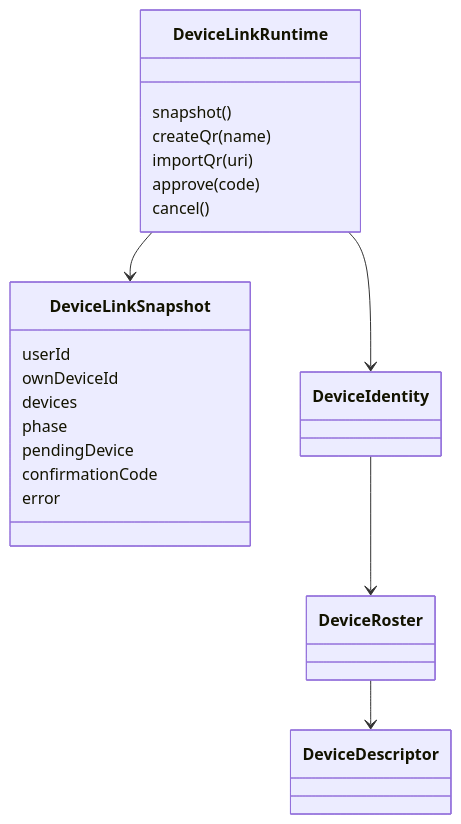
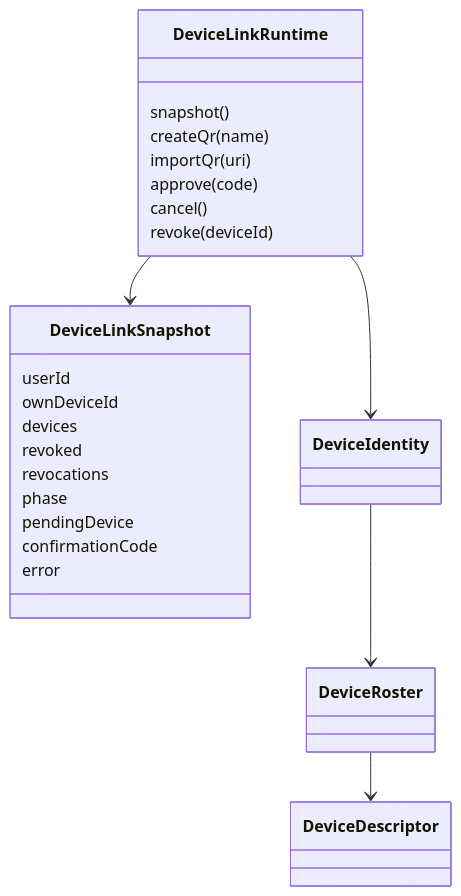
The third of 24 diagrams in docs/Architecture.md (redstone-md/mosh-flutter), drawn with Mermaid before and after one commit. The commit also changed other lines of this file and 81 other files, not shown here.

````diff
--- a/docs/Architecture.md
+++ b/docs/Architecture.md
@@ -71,26 +76,29 @@
 ```mermaid
 classDiagram
     class DeviceLinkSnapshot {
         userId
         ownDeviceId
         devices
+        revoked
+        revocations
         phase
         pendingDevice
         confirmationCode
         error
     }
     class DeviceLinkRuntime {
         snapshot()
         createQr(name)
         importQr(uri)
         approve(code)
         cancel()
+        revoke(deviceId)
     }
     class DeviceIdentity
     class DeviceRoster
     class DeviceDescriptor
     DeviceLinkRuntime --> DeviceLinkSnapshot
     DeviceLinkRuntime --> DeviceIdentity
     DeviceIdentity --> DeviceRoster
     DeviceRoster --> DeviceDescriptor
 ```
````
